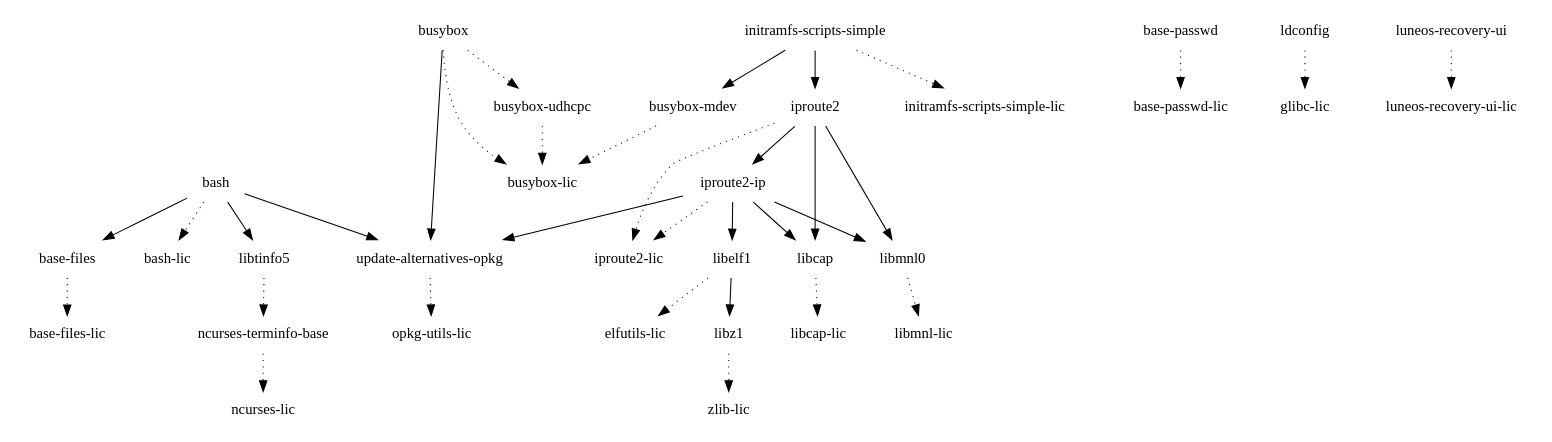
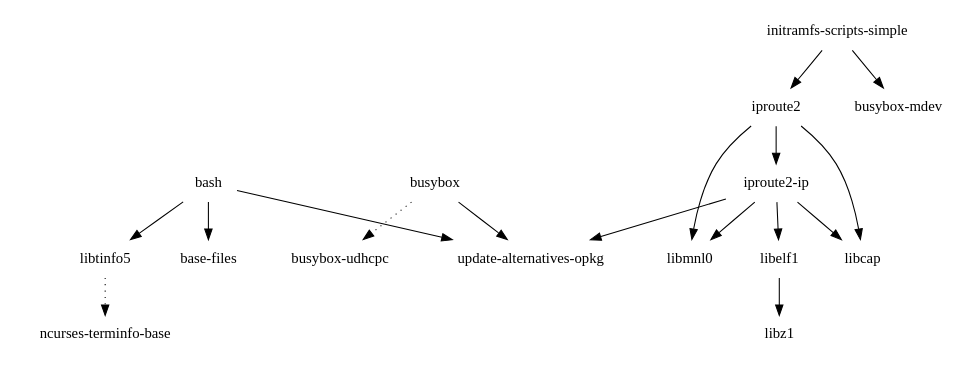
Before and after one commit to webOS-ports/buildhistory: the diagram in images/pinephone/glibc/initramfs-uboot-image/depends-nokernel-nolibc.dot, drawn with Graphviz. The commit also changed 751 other files, not shown here.

```diff
--- a/images/pinephone/glibc/initramfs-uboot-image/depends-nokernel-nolibc.dot
+++ b/images/pinephone/glibc/initramfs-uboot-image/depends-nokernel-nolibc.dot
@@ -1,36 +1,19 @@
 digraph depends {
     node [shape=plaintext]
-"base-files" -> "base-files-lic" [style=dotted]
-"base-passwd" -> "base-passwd-lic" [style=dotted]
 "bash" -> "base-files"
-"bash" -> "bash-lic" [style=dotted]
 "bash" -> "libtinfo5"
 "bash" -> "update-alternatives-opkg"
-"busybox" -> "busybox-lic" [style=dotted]
 "busybox" -> "busybox-udhcpc" [style=dotted]
-"busybox-mdev" -> "busybox-lic" [style=dotted]
-"busybox-udhcpc" -> "busybox-lic" [style=dotted]
 "busybox" -> "update-alternatives-opkg"
 "initramfs-scripts-simple" -> "busybox-mdev"
-"initramfs-scripts-simple" -> "initramfs-scripts-simple-lic" [style=dotted]
 "initramfs-scripts-simple" -> "iproute2"
-"iproute2-ip" -> "iproute2-lic" [style=dotted]
 "iproute2-ip" -> "libcap"
 "iproute2-ip" -> "libelf1"
 "iproute2-ip" -> "libmnl0"
 "iproute2" -> "iproute2-ip"
-"iproute2" -> "iproute2-lic" [style=dotted]
 "iproute2-ip" -> "update-alternatives-opkg"
 "iproute2" -> "libcap"
 "iproute2" -> "libmnl0"
-"ldconfig" -> "glibc-lic" [style=dotted]
-"libcap" -> "libcap-lic" [style=dotted]
-"libelf1" -> "elfutils-lic" [style=dotted]
 "libelf1" -> "libz1"
-"libmnl0" -> "libmnl-lic" [style=dotted]
 "libtinfo5" -> "ncurses-terminfo-base" [style=dotted]
-"libz1" -> "zlib-lic" [style=dotted]
-"luneos-recovery-ui" -> "luneos-recovery-ui-lic" [style=dotted]
-"ncurses-terminfo-base" -> "ncurses-lic" [style=dotted]
-"update-alternatives-opkg" -> "opkg-utils-lic" [style=dotted]
 }
```
